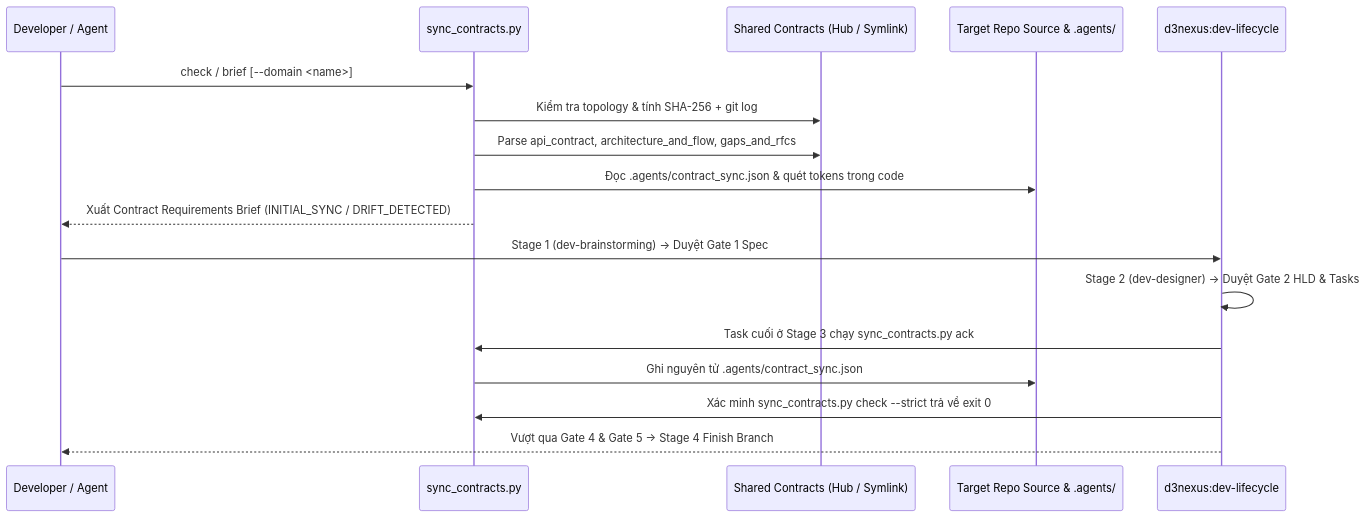
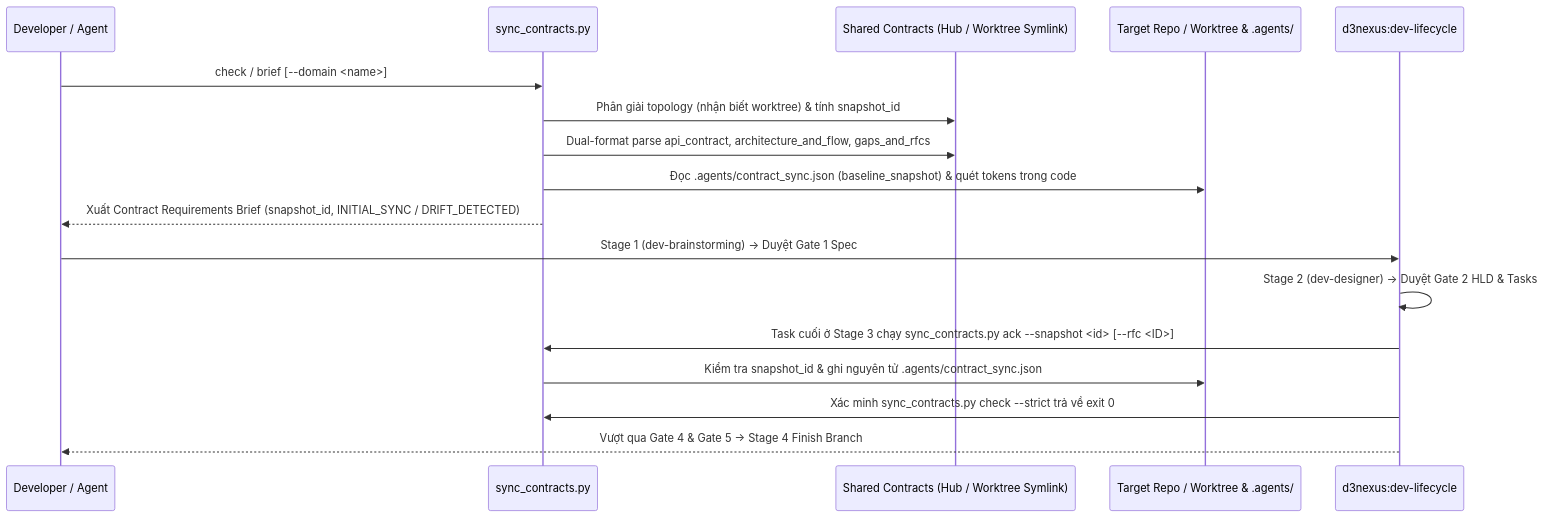
The third of 3 diagrams in .devtool/epic/sync_shared_contracts/sync_shared_contracts.vi.md (DanhDue/ai-agent-tools), drawn with Mermaid before and after one commit. The commit also changed other lines of this file and 13 other files, not shown here.

First line of the commit message:
[SYNC_SHARED_CONTRACTS] Revise epic after Principal Review round 1

````diff
--- a/.devtool/epic/sync_shared_contracts/sync_shared_contracts.vi.md
+++ b/.devtool/epic/sync_shared_contracts/sync_shared_contracts.vi.md
@@ -108,20 +111,20 @@
 ```mermaid
 sequenceDiagram
     participant Dev as Developer / Agent
     participant CLI as sync_contracts.py
-    participant Hub as Shared Contracts (Hub / Symlink)
-    participant Code as Target Repo Source & .agents/
+    participant Hub as Shared Contracts (Hub / Worktree Symlink)
+    participant Code as Target Repo / Worktree & .agents/
     participant Life as d3nexus:dev-lifecycle
 
     Dev->>CLI: check / brief [--domain <name>]
-    CLI->>Hub: Kiểm tra topology & tính SHA-256 + git log
-    CLI->>Hub: Parse api_contract, architecture_and_flow, gaps_and_rfcs
-    CLI->>Code: Đọc .agents/contract_sync.json & quét tokens trong code
-    CLI-->>Dev: Xuất Contract Requirements Brief (INITIAL_SYNC / DRIFT_DETECTED)
+    CLI->>Hub: Phân giải topology (nhận biết worktree) & tính snapshot_id
+    CLI->>Hub: Dual-format parse api_contract, architecture_and_flow, gaps_and_rfcs
+    CLI->>Code: Đọc .agents/contract_sync.json (baseline_snapshot) & quét tokens trong code
+    CLI-->>Dev: Xuất Contract Requirements Brief (snapshot_id, INITIAL_SYNC / DRIFT_DETECTED)
     Dev->>Life: Stage 1 (dev-brainstorming) -> Duyệt Gate 1 Spec
     Life->>Life: Stage 2 (dev-designer) -> Duyệt Gate 2 HLD & Tasks
-    Life->>CLI: Task cuối ở Stage 3 chạy sync_contracts.py ack
-    CLI->>Code: Ghi nguyên tử .agents/contract_sync.json
+    Life->>CLI: Task cuối ở Stage 3 chạy sync_contracts.py ack --snapshot <id> [--rfc <ID>]
+    CLI->>Code: Kiểm tra snapshot_id & ghi nguyên tử .agents/contract_sync.json
     Life->>CLI: Xác minh sync_contracts.py check --strict trả về exit 0
     Life-->>Dev: Vượt qua Gate 4 & Gate 5 -> Stage 4 Finish Branch
 ```
````
